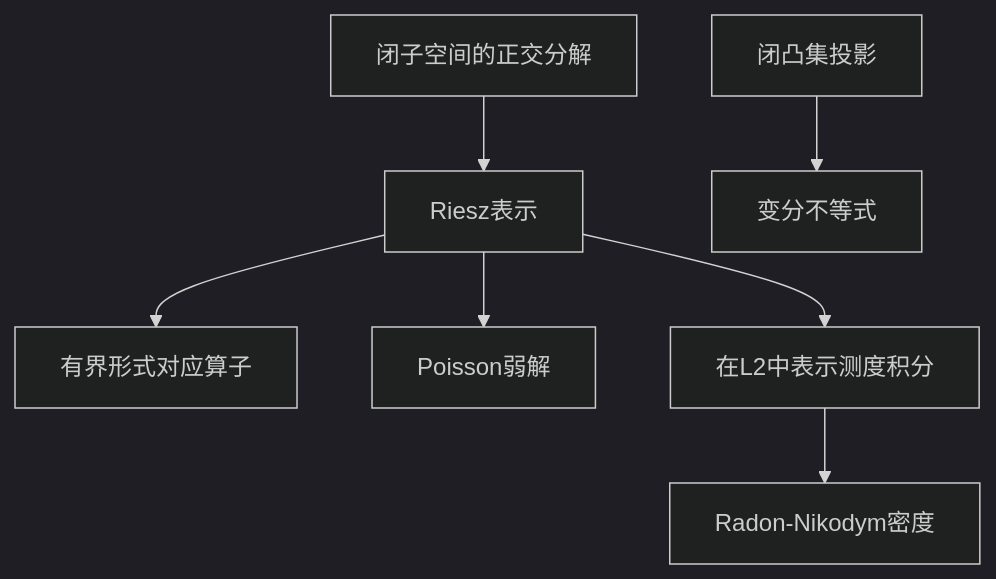
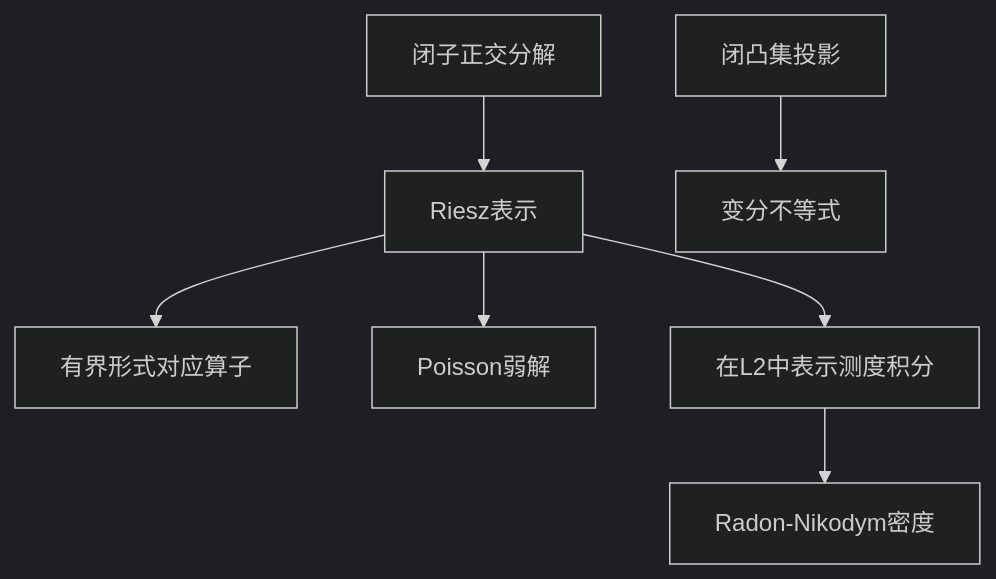
Before and after one commit to xsoc1/math-notes: the diagram in 泛函分析/08_Riesz表示与变分问题/00_专题总览.md, drawn with Mermaid (dark theme). The commit also changed other lines of this file and 134 other files, not shown here.

````diff
--- a/泛函分析/08_Riesz表示与变分问题/00_专题总览.md
+++ b/泛函分析/08_Riesz表示与变分问题/00_专题总览.md
@@ -22,9 +24,9 @@
-~~~mermaid
+```mermaid
 graph TD
-	A[闭子空间的正交分解] --> B[Riesz表示]
-	B --> C[有界形式对应算子]
-	B --> D[Poisson弱解]
-	E[闭凸集投影] --> F[变分不等式]
-	B --> G[在L2中表示测度积分]
-	G --> H[Radon-Nikodym密度]
-~~~
+    A[闭子正交分解] --> B[Riesz表示]
+    B --> C[有界形式对应算子]
+    B --> D[Poisson弱解]
+    E[闭凸集投影] --> F[变分不等式]
+    B --> G[在L2中表示测度积分]
+    G --> H[Radon-Nikodym密度]
+```
````
